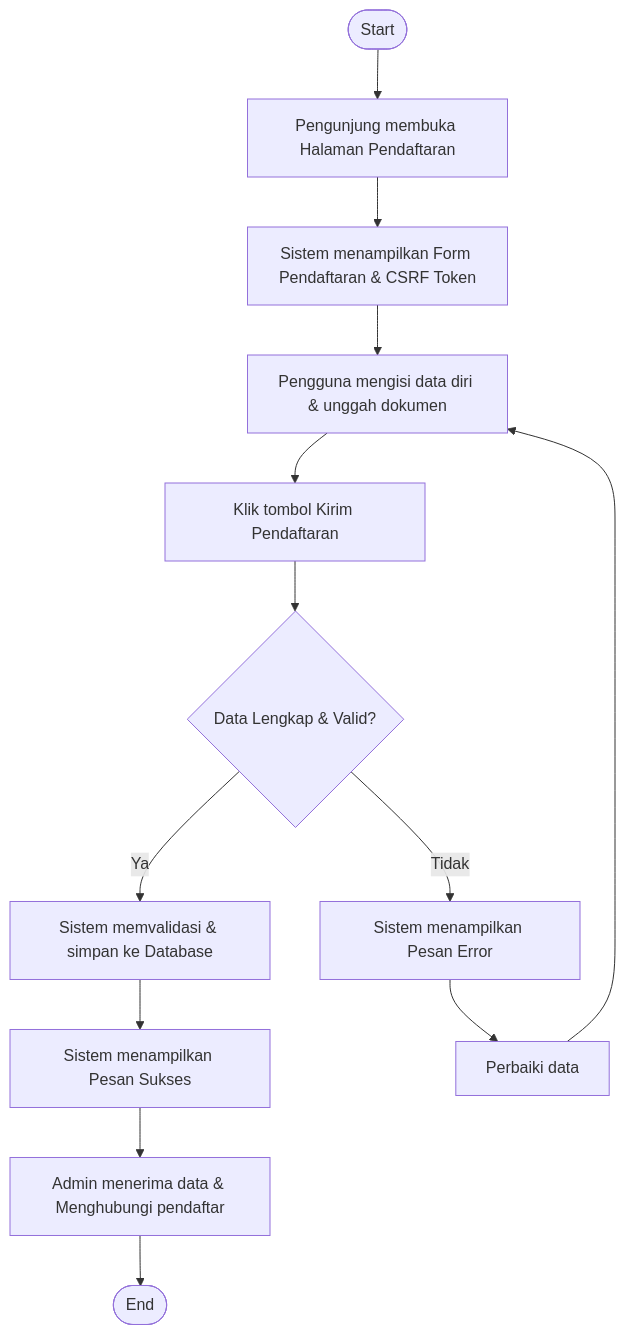
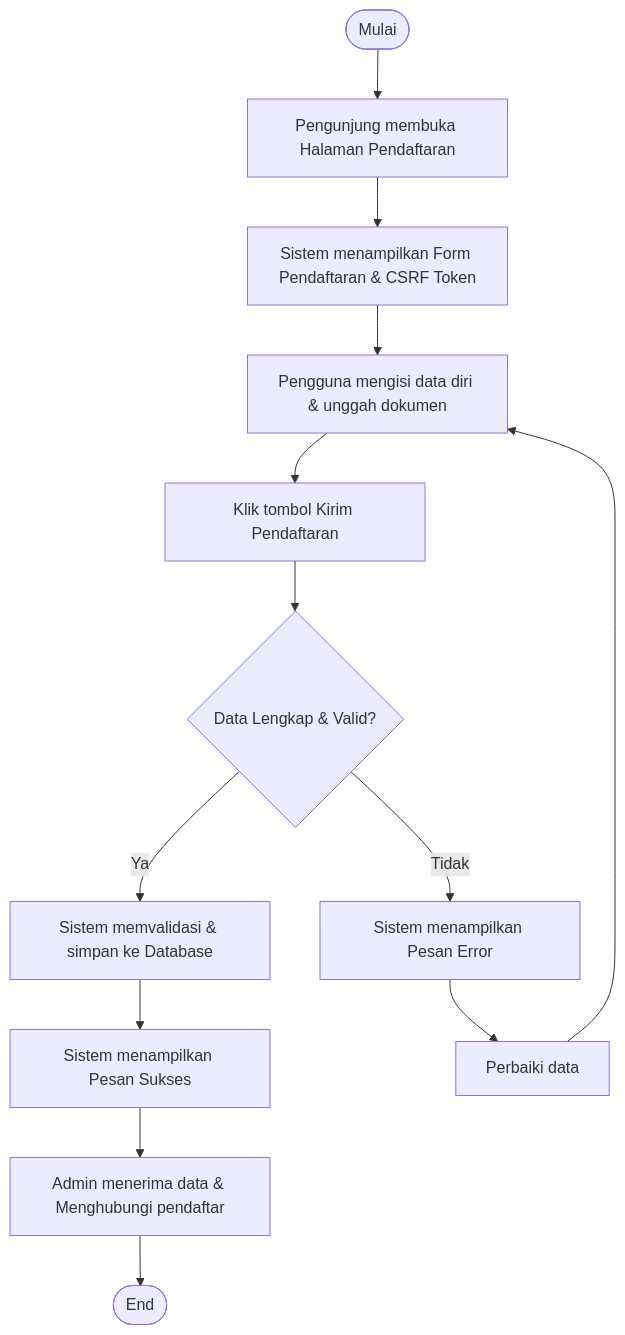
Before and after one commit to arbain-dev/Web_fikom: the second of 8 diagrams in docs/activity_diagram_publik.md, drawn with Mermaid. The commit also changed other lines of this file and 7 other files, not shown here.

Commit message:
docs: standarisasi semua awal flowchart diagram menjadi 'Mulai'

````diff
--- a/docs/activity_diagram_publik.md
+++ b/docs/activity_diagram_publik.md
@@ -46,19 +46,19 @@
 ```mermaid
 flowchart TD
-    Start([Start]) --> OpenPendaftaran[Pengunjung membuka Halaman Pendaftaran]
+    Mulai([Mulai]) --> OpenPendaftaran[Pengunjung membuka Halaman Pendaftaran]
     OpenPendaftaran --> ShowForm[Sistem menampilkan Form Pendaftaran & CSRF Token]
     
     ShowForm --> InputData[Pengguna mengisi data diri & unggah dokumen]
     InputData --> ClickSubmit[Klik tombol Kirim Pendaftaran]
     
     ClickSubmit --> Validation{Data Lengkap & Valid?}
     
     Validation -- "Ya" --> SaveData[Sistem memvalidasi & simpan ke Database]
     SaveData --> SuccessMsg[Sistem menampilkan Pesan Sukses]
     SuccessMsg --> AdminProcess[Admin menerima data & Menghubungi pendaftar]
     AdminProcess --> End([End])
     
     Validation -- "Tidak" --> ErrorMsg[Sistem menampilkan Pesan Error]
     ErrorMsg --> FixData[Perbaiki data]
     FixData --> InputData
 ```
````
